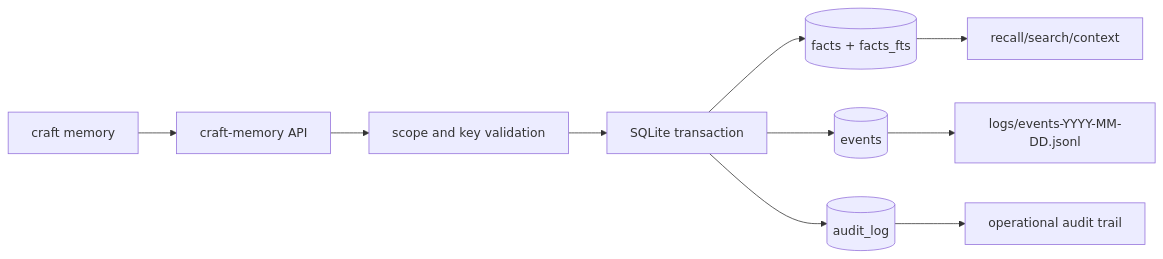
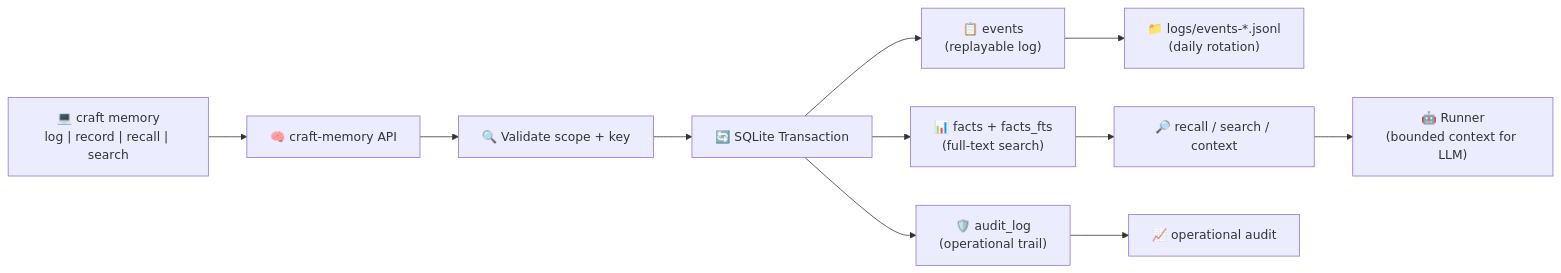
The fifth of 5 diagrams in docs/ARCHITECTURE.md (Rosavera-I/craft-core), drawn with Mermaid before and after one commit. The commit also changed other lines of this file, not shown here.

First line of the commit message:
docs: dramatically enhance ARCHITECTURE.md with diagrams

````diff
--- a/docs/ARCHITECTURE.md
+++ b/docs/ARCHITECTURE.md
@@ -108,12 +191,16 @@
 ```mermaid
 flowchart LR
-    CLI[craft memory] --> API[craft-memory API]
-    API --> Validate[scope and key validation]
-    Validate --> Tx[SQLite transaction]
-    Tx --> Facts[(facts + facts_fts)]
-    Tx --> Events[(events)]
-    Tx --> Audit[(audit_log)]
-    Events --> Jsonl[logs/events-YYYY-MM-DD.jsonl]
-    Facts --> Recall[recall/search/context]
-    Audit --> Review[operational audit trail]
+    CLI["💻 craft memory<br/>log | record | recall | search"] --> API["🧠 craft-memory API"]
+    API --> Validate["🔍 Validate scope + key"]
+    Validate --> Tx["🔄 SQLite Transaction"]
+    
+    Tx --> Facts["📊 facts + facts_fts<br/>(full-text search)"]
+    Tx --> Events["📋 events<br/>(replayable log)"]
+    Tx --> Audit["🛡️ audit_log<br/>(operational trail)"]
+    
+    Events --> Jsonl["📁 logs/events-*.jsonl<br/>(daily rotation)"]
+    Facts --> Recall["🔎 recall / search / context"]
+    Audit --> Review["📈 operational audit"]
+    
+    Recall --> Runner["🤖 Runner<br/>(bounded context for LLM)"]
 ```
````
